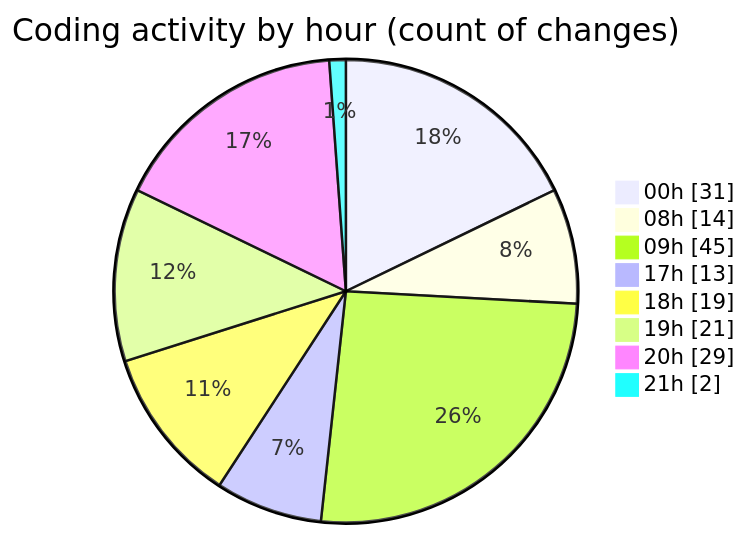
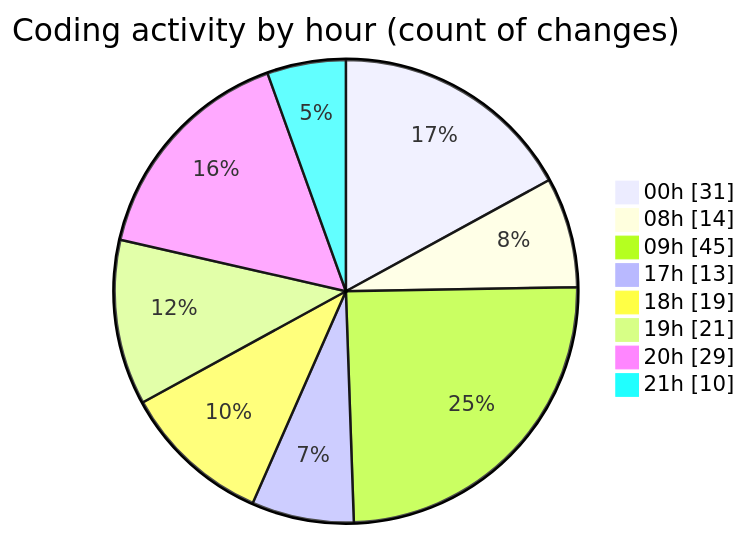
One commit to lephambinh05/code-tracking changed the second of 2 diagrams in 2025-08-03/studybuddy/README.md. Above: the diagram before and after it, drawn with Mermaid. The commit also changed other lines of this file and 1 other file, not shown here.

````diff
--- a/2025-08-03/studybuddy/README.md
+++ b/2025-08-03/studybuddy/README.md
@@ -92,12 +95,12 @@
 ```mermaid
 pie showData
 title Coding activity by hour (count of changes)
 "00h" : 31
 "08h" : 14
 "09h" : 45
 "17h" : 13
 "18h" : 19
 "19h" : 21
 "20h" : 29
-"21h" : 2
+"21h" : 10
 ```
````
